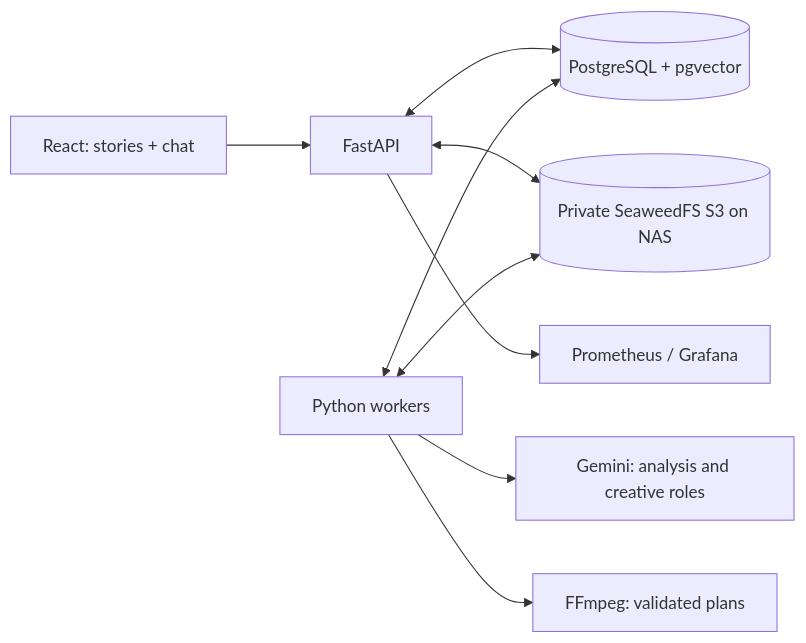
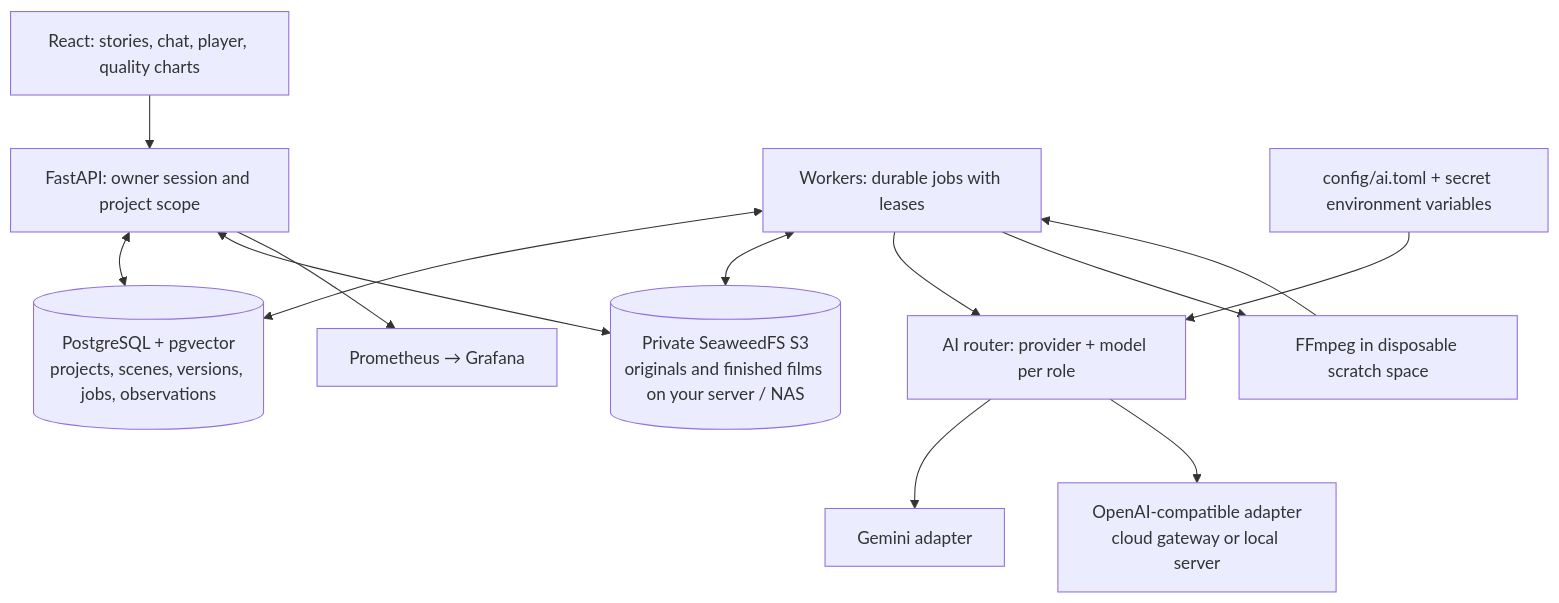
Before and after one commit to Chaapa/VMerger: the first of 4 diagrams in README.md, drawn with Mermaid. The commit also changed other lines of this file and 7 other files, not shown here.

````diff
--- a/README.md
+++ b/README.md
@@ -27,11 +28,15 @@
 ```mermaid
-flowchart LR
-    UI[React: stories + chat] --> API[FastAPI]
-    API <--> PG[(PostgreSQL + pgvector)]
-    API <--> S3[(Private SeaweedFS S3 on NAS)]
-    W[Python workers] <--> PG
+flowchart TB
+    UI["React: stories, chat, player, quality charts"] --> API["FastAPI: owner session and project scope"]
+    API <--> PG[("PostgreSQL + pgvector<br/>projects, scenes, versions, jobs, observations")]
+    API <--> S3[("Private SeaweedFS S3<br/>originals and finished films on your server / NAS")]
+    W["Workers: durable jobs with leases"] <--> PG
     W <--> S3
-    W --> G[Gemini: analysis and creative roles]
-    W --> F[FFmpeg: validated plans]
-    API --> M[Prometheus / Grafana]
+    W --> R["AI router: provider + model per role"]
+    C["config/ai.toml + secret environment variables"] --> R
+    R --> G["Gemini adapter"]
+    R --> O["OpenAI-compatible adapter<br/>cloud gateway or local server"]
+    W --> F["FFmpeg in disposable scratch space"]
+    F --> W
+    API --> M["Prometheus → Grafana"]
 ```
````
